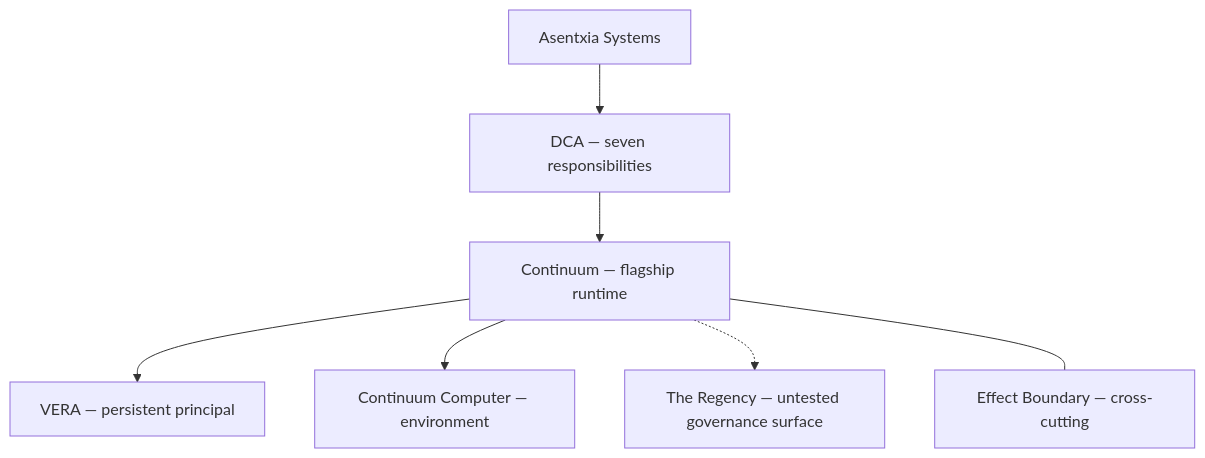
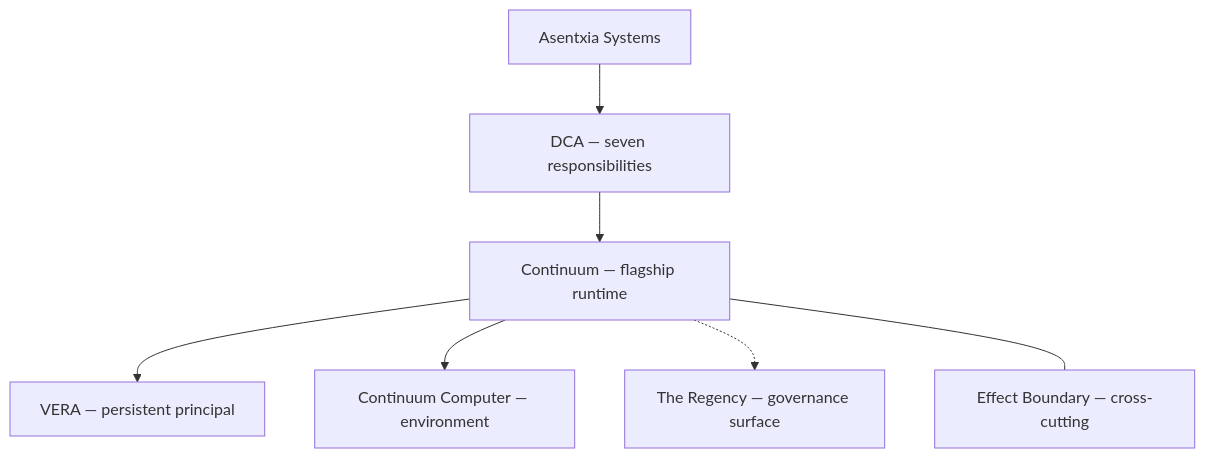
The diagram in README.md (Adaptive-Liquidity/Continuum), drawn with Mermaid before and after one commit. The commit also changed other lines of this file and 2 other files, not shown here.

````diff
--- a/README.md
+++ b/README.md
@@ -27,17 +31,17 @@
 ```mermaid
 flowchart TB
   company[Asentxia Systems]
   dca[DCA — seven responsibilities]
   runtime[Continuum — flagship runtime]
   vera[VERA — persistent principal]
   computer[Continuum Computer — environment]
-  regency[The Regency — untested governance surface]
+  regency[The Regency — governance surface]
   effect[Effect Boundary — cross-cutting]
 
   company --> dca
   dca --> runtime
   runtime --> vera
   runtime --> computer
   runtime -.-> regency
   runtime --- effect
 ```
````
